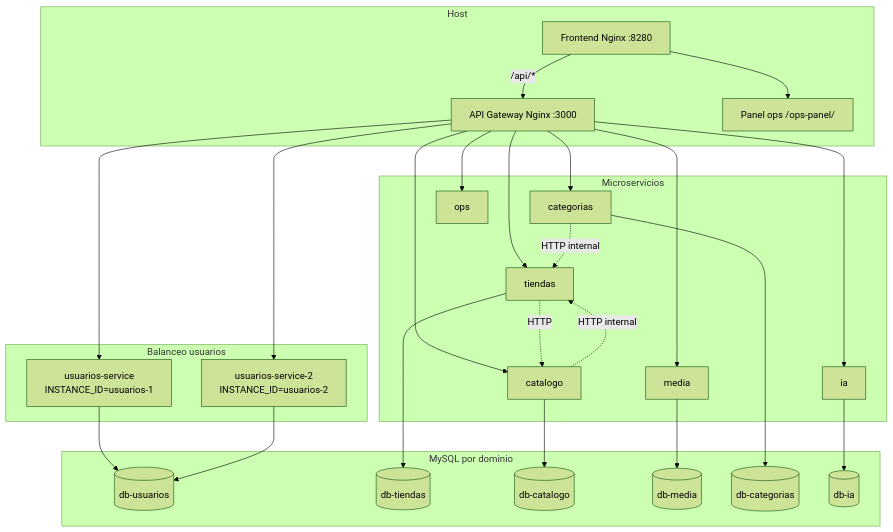
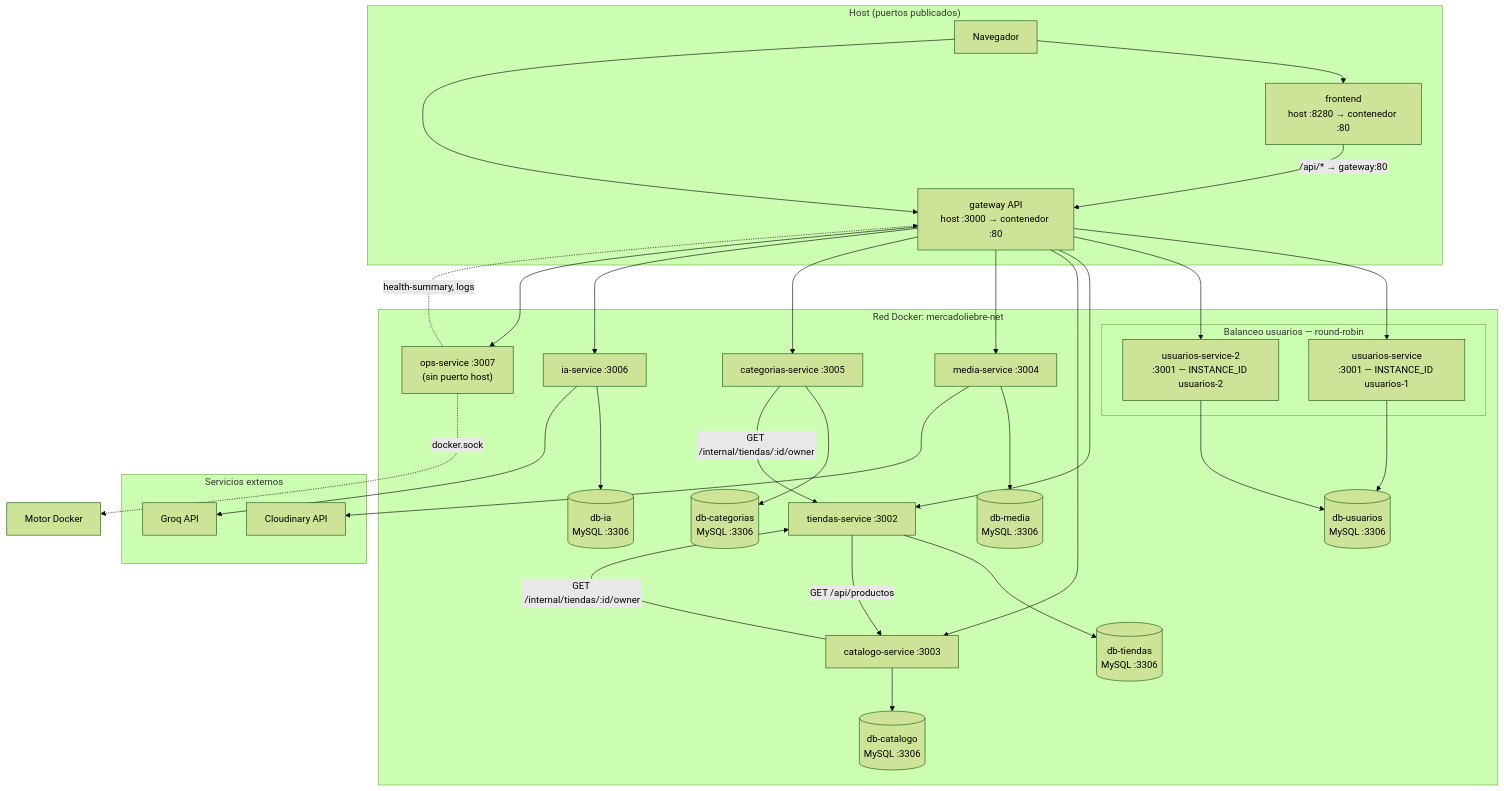
The diagram in Mercado_Liebre/README.md (Leonardo007x/Nomo), drawn with Mermaid (forest theme) before and after one commit. The commit also changed other lines of this file and 2 other files, not shown here.

First line of the commit message:
Actualiza README para entrega final: arquitectura con puertos y secciones completas.

````diff
--- a/Mercado_Liebre/README.md
+++ b/Mercado_Liebre/README.md
@@ -25,45 +56,58 @@
 ```mermaid
 flowchart TB
-  subgraph host["Host"]
-    FE["Frontend Nginx :8280"]
-    GW["API Gateway Nginx :3000"]
-    OPS_UI["Panel ops /ops-panel/"]
+  subgraph host["Host (puertos publicados)"]
+    Browser["Navegador"]
+    FE["frontend\nhost :8280 → contenedor :80"]
+    GW["gateway API\nhost :3000 → contenedor :80"]
   end
 
-  subgraph usuarios_lb["Balanceo usuarios"]
-    U1["usuarios-service\nINSTANCE_ID=usuarios-1"]
-    U2["usuarios-service-2\nINSTANCE_ID=usuarios-2"]
+  subgraph net["Red Docker: mercadoliebre-net"]
+    subgraph lb["Balanceo usuarios — round-robin"]
+      U1["usuarios-service\n:3001 — INSTANCE_ID usuarios-1"]
+      U2["usuarios-service-2\n:3001 — INSTANCE_ID usuarios-2"]
+    end
+
+    T["tiendas-service :3002"]
+    C["catalogo-service :3003"]
+    M["media-service :3004"]
+    CAT["categorias-service :3005"]
+    IA["ia-service :3006"]
+    OPS["ops-service :3007\n(sin puerto host)"]
+
+    DBU[("db-usuarios\nMySQL :3306")]
+    DBT[("db-tiendas\nMySQL :3306")]
+    DBC[("db-catalogo\nMySQL :3306")]
+    DBM[("db-media\nMySQL :3306")]
+    DBCA[("db-categorias\nMySQL :3306")]
+    DBI[("db-ia\nMySQL :3306")]
   end
 
-  subgraph ms["Microservicios"]
-    T[tiendas]
-    C[catalogo]
-    M[media]
-    CAT[categorias]
-    IA[ia]
-    OPS[ops]
+  subgraph ext["Servicios externos"]
+    CL["Cloudinary API"]
+    GQ["Groq API"]
   end
 
-  subgraph db["MySQL por dominio"]
-    DBU[(db-usuarios)]
-    DBT[(db-tiendas)]
-    DBC[(db-catalogo)]
-    DBM[(db-media)]
-    DBCA[(db-categorias)]
-    DBI[(db-ia)]
-  end
+  Browser --> FE
+  Browser --> GW
+  FE -->|"/api/* → gateway:80"| GW
 
-  FE -->|"/api/*"| GW
-  FE --> OPS_UI
   GW --> U1 & U2
   GW --> T & C & M & CAT & IA & OPS
+
   U1 & U2 --> DBU
   T --> DBT
   C --> DBC
   M --> DBM
   CAT --> DBCA
   IA --> DBI
-  T -.->|HTTP| C
-  C -.->|HTTP internal| T
-  CAT -.->|HTTP internal| T
+
+  T -->|"GET /api/productos"| C
+  C -->|"GET /internal/tiendas/:id/owner"| T
+  CAT -->|"GET /internal/tiendas/:id/owner"| T
+
+  M --> CL
+  IA --> GQ
+
+  OPS -.->|"health-summary, logs"| GW
+  OPS -.->|"docker.sock"| DockerEngine["Motor Docker"]
 ```
````
